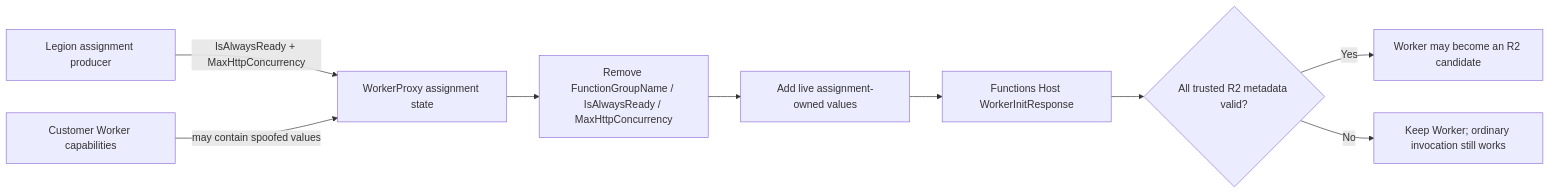
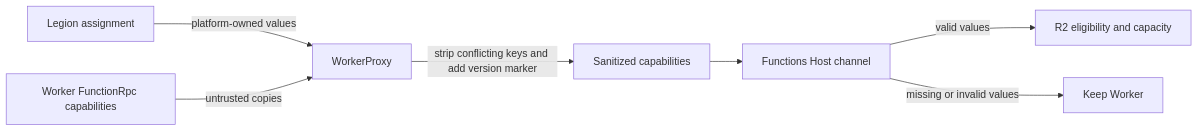
Before and after one commit to Azure/azure-functions-host: the first of 7 diagrams in tools/ComputeSeparation/byoc-http-on-demand-idle-scale-in.md, drawn with Mermaid. The commit also changed other lines of this file and 21 other files, not shown here.

````diff
--- a/tools/ComputeSeparation/byoc-http-on-demand-idle-scale-in.md
+++ b/tools/ComputeSeparation/byoc-http-on-demand-idle-scale-in.md
@@ -56,11 +63,9 @@
 ```mermaid
 flowchart LR
-    P[Legion assignment producer] -->|IsAlwaysReady + MaxHttpConcurrency| WP[WorkerProxy assignment state]
-    CW[Customer Worker capabilities] -->|may contain spoofed values| WP
-    WP --> R[Remove FunctionGroupName / IsAlwaysReady / MaxHttpConcurrency]
-    R --> A[Add live assignment-owned values]
-    A --> H[Functions Host WorkerInitResponse]
-    H --> E{All trusted R2 metadata valid?}
-    E -->|Yes| C[Worker may become an R2 candidate]
-    E -->|No| K[Keep Worker; ordinary invocation still works]
+    L[Legion assignment] -->|platform-owned values| P[WorkerProxy]
+    W[Worker FunctionRpc capabilities] -->|untrusted copies| P
+    P -->|strip conflicting keys and add version marker| S[Sanitized capabilities]
+    S --> H[Functions Host channel]
+    H -->|valid values| R[R2 eligibility and capacity]
+    H -->|missing or invalid values| K[Keep Worker]
 ```
````
